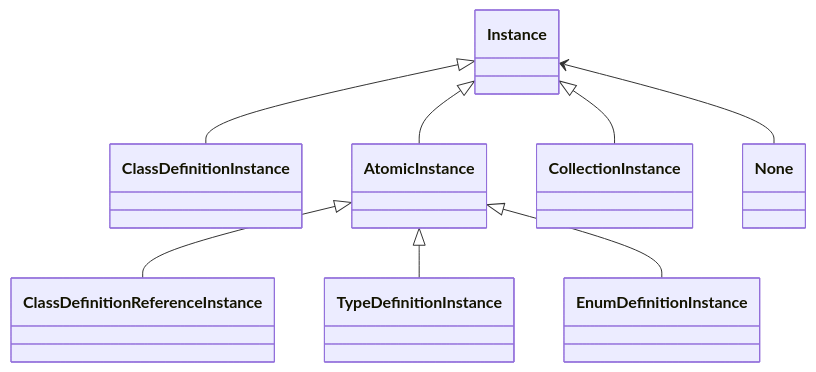
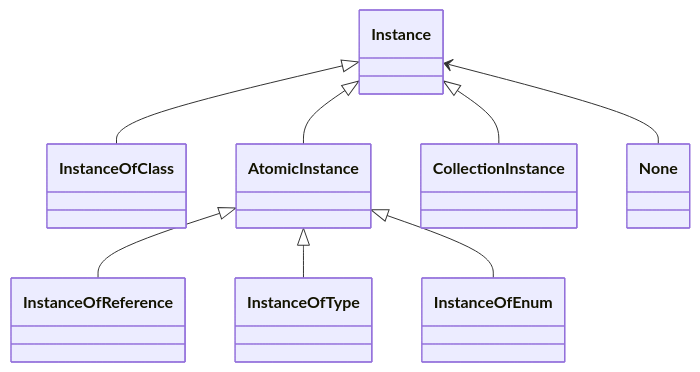
One commit to linkml/linkml-model changed the first of 4 diagrams in specification/02instances.md. Above: the diagram before and after it, drawn with Mermaid. The commit also changed other lines of this file and 23 other files, not shown here.

````diff
--- a/specification/02instances.md
+++ b/specification/02instances.md
@@ -16,11 +19,11 @@
 ```mermaid
 classDiagram
-    Instance <|-- ClassDefinitionInstance
+    Instance <|-- InstanceOfClass
     Instance <|-- AtomicInstance
-    AtomicInstance <|-- ClassDefinitionReferenceInstance
-    AtomicInstance <|-- TypeDefinitionInstance
-    AtomicInstance <|-- EnumDefinitionInstance
+    AtomicInstance <|-- InstanceOfReference
+    AtomicInstance <|-- InstanceOfType
+    AtomicInstance <|-- InstanceOfEnum
     Instance <|-- CollectionInstance
     Instance <-- None
     
 ```
````
